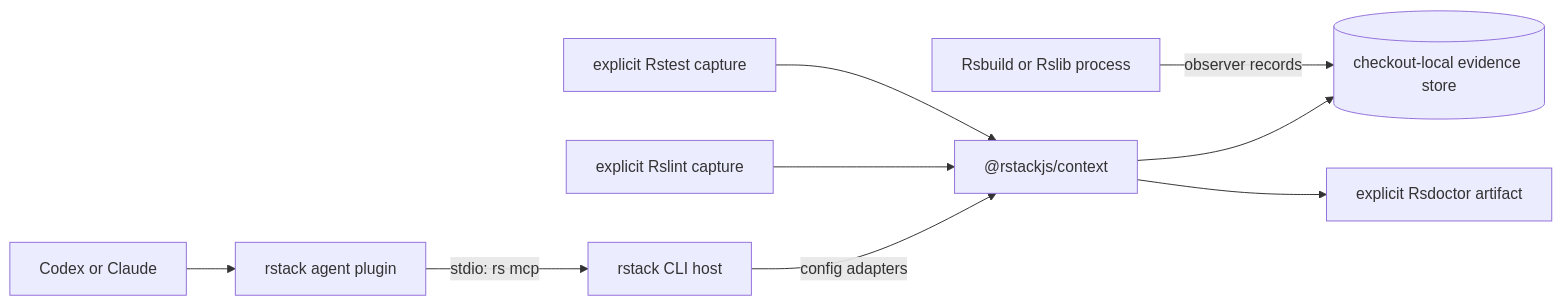
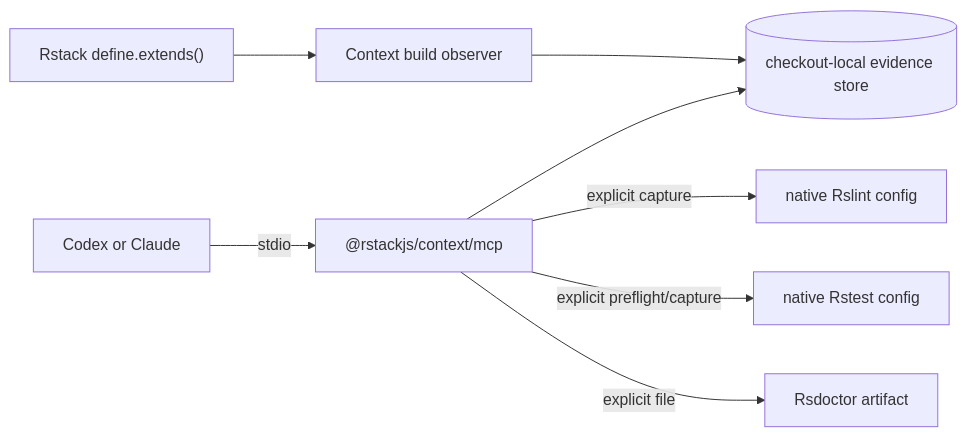
The diagram in docs/repository-extraction.md (rstackjs/context), drawn with Mermaid before and after one commit. The commit also changed other lines of this file and 27 other files, not shown here.

Commit message:
refactor: externalize Context from Rstack CLI

````diff
--- a/docs/repository-extraction.md
+++ b/docs/repository-extraction.md
@@ -81,11 +27,10 @@
 ```mermaid
 flowchart LR
-  Agent["Codex or Claude"] --> Plugin["rstack agent plugin"]
-  Plugin -->|"stdio: rs mcp"| CLI["rstack CLI host"]
-  CLI -->|"config adapters"| Context["@rstackjs/context"]
-  Context --> Store[("checkout-local evidence store")]
-  Context --> Doctor["explicit Rsdoctor artifact"]
-  Build["Rsbuild or Rslib process"] -->|"observer records"| Store
-  Lint["explicit Rslint capture"] --> Context
-  Test["explicit Rstest capture"] --> Context
+  Host["Codex or Claude"] -->|"stdio"| MCP["@rstackjs/context/mcp"]
+  Shared["Rstack define.extends()"] --> Observer["Context build observer"]
+  Observer --> Store[("checkout-local evidence store")]
+  MCP --> Store
+  MCP -->|"explicit capture"| Lint["native Rslint config"]
+  MCP -->|"explicit preflight/capture"| Test["native Rstest config"]
+  MCP -->|"explicit file"| Doctor["Rsdoctor artifact"]
 ```
````
